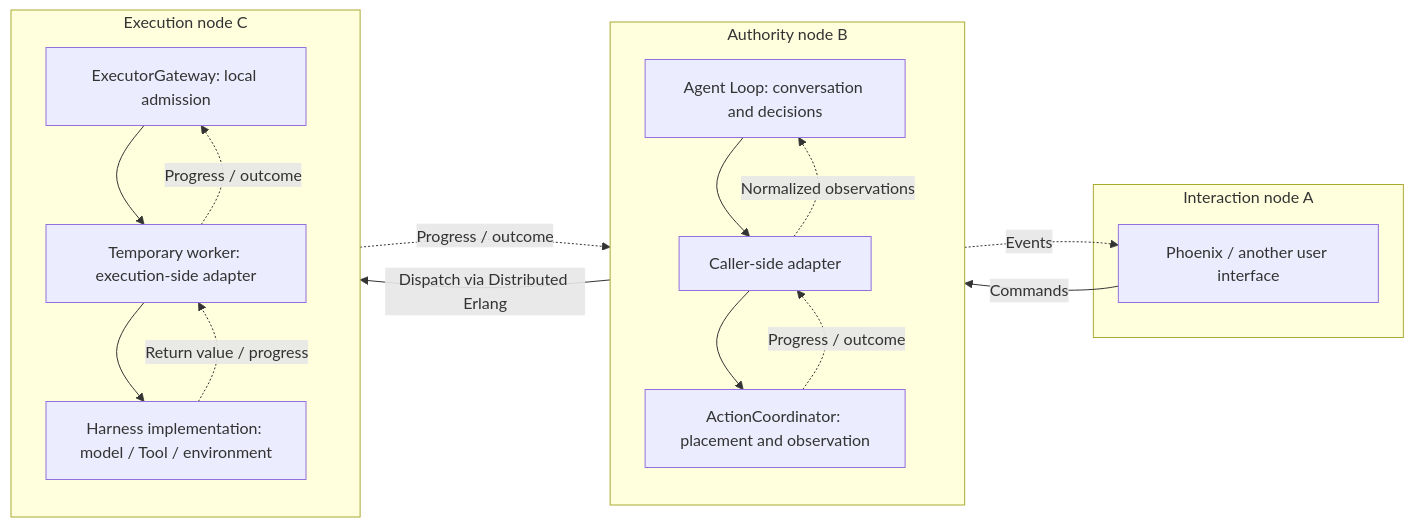
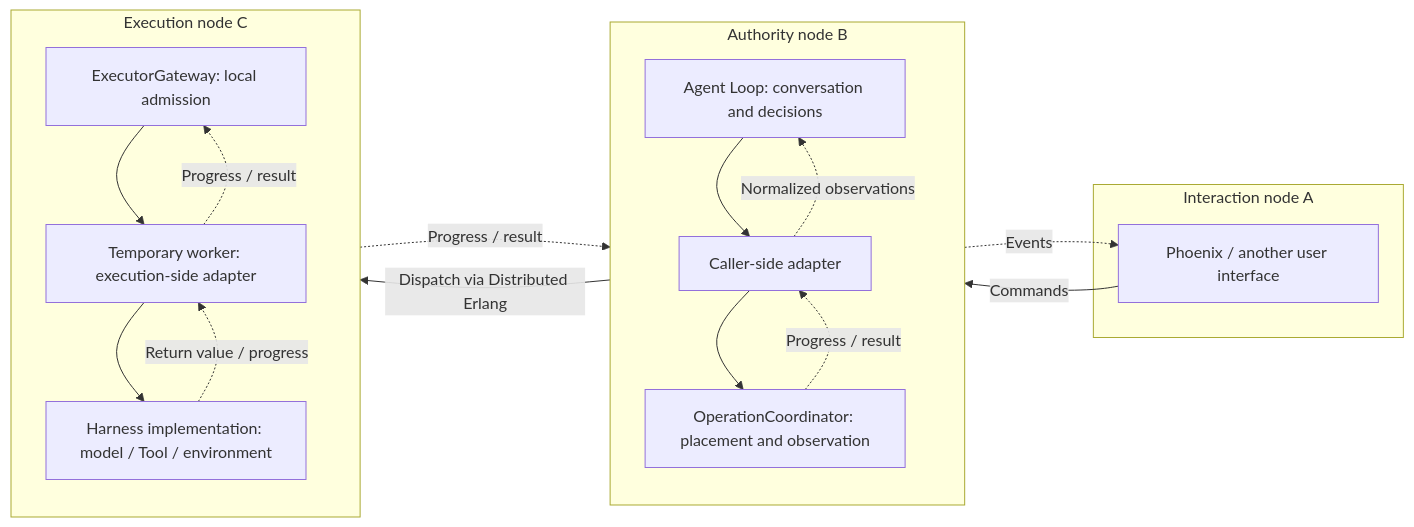
Before and after one commit to Hobr/Beamlet: the diagram in architecture.md, drawn with Mermaid. The commit also changed other lines of this file and 8 other files, not shown here.

Commit message:
agent: edit task distributed-agent-architecture

````diff
--- a/architecture.md
+++ b/architecture.md
@@ -46,31 +46,31 @@
 ```mermaid
 flowchart LR
     subgraph node_a["Interaction node A"]
         ui["Phoenix / another user interface"]
     end
 
     subgraph node_b["Authority node B"]
         direction TB
         agent_loop["Agent Loop: conversation and decisions"]
         caller_adapter["Caller-side adapter"]
-        coordinator["ActionCoordinator: placement and observation"]
+        coordinator["OperationCoordinator: placement and observation"]
         agent_loop --> caller_adapter --> coordinator
     end
 
     subgraph node_c["Execution node C"]
         direction TB
         gateway["ExecutorGateway: local admission"]
         worker["Temporary worker: execution-side adapter"]
         harness["Harness implementation: model / Tool / environment"]
         gateway --> worker --> harness
         harness -.->|"Return value / progress"| worker
-        worker -.->|"Progress / outcome"| gateway
+        worker -.->|"Progress / result"| gateway
     end
 
     ui -->|"Commands"| agent_loop
     agent_loop -.->|"Events"| ui
     coordinator -->|"Dispatch via Distributed Erlang"| gateway
-    gateway -.->|"Progress / outcome"| coordinator
-    coordinator -.->|"Progress / outcome"| caller_adapter
+    gateway -.->|"Progress / result"| coordinator
+    coordinator -.->|"Progress / result"| caller_adapter
     caller_adapter -.->|"Normalized observations"| agent_loop
 ```
````
